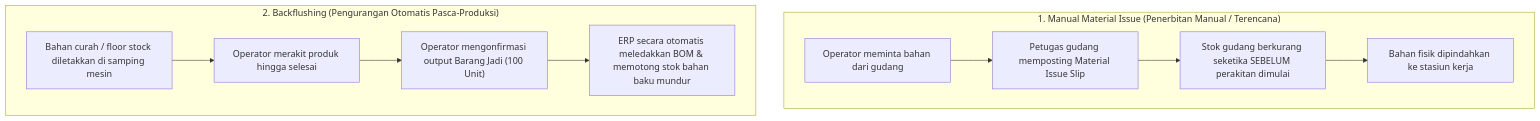
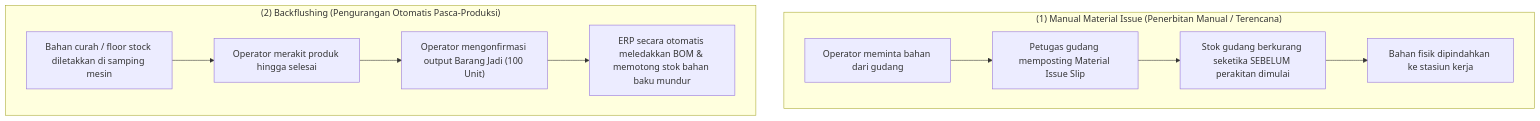
Before and after one commit to alimurrofid/erp-notes: the first of 2 diagrams in content/06-manufacturing/material-consumption-and-backflush.md, drawn with Mermaid. The commit also changed other lines of this file and 132 other files, not shown here.

````diff
--- a/content/06-manufacturing/material-consumption-and-backflush.md
+++ b/content/06-manufacturing/material-consumption-and-backflush.md
@@ -26,16 +26,16 @@
 ```mermaid
 flowchart TD
-    subgraph Manual["1. Manual Material Issue (Penerbitan Manual / Terencana)"]
+    subgraph Manual["(1) Manual Material Issue (Penerbitan Manual / Terencana)"]
         M1["Operator meminta bahan dari gudang"]
         --> M2["Petugas gudang memposting Material Issue Slip"]
         --> M3["Stok gudang berkurang seketika SEBELUM perakitan dimulai"]
         --> M4["Bahan fisik dipindahkan ke stasiun kerja"]
     end
 
-    subgraph Backflush["2. Backflushing (Pengurangan Otomatis Pasca-Produksi)"]
+    subgraph Backflush["(2) Backflushing (Pengurangan Otomatis Pasca-Produksi)"]
         B1["Bahan curah / floor stock diletakkan di samping mesin"]
         --> B2["Operator merakit produk hingga selesai"]
         --> B3["Operator mengonfirmasi output Barang Jadi (100 Unit)"]
         --> B4["ERP secara otomatis meledakkan BOM & memotong stok bahan baku mundur"]
     end
 ```
````
